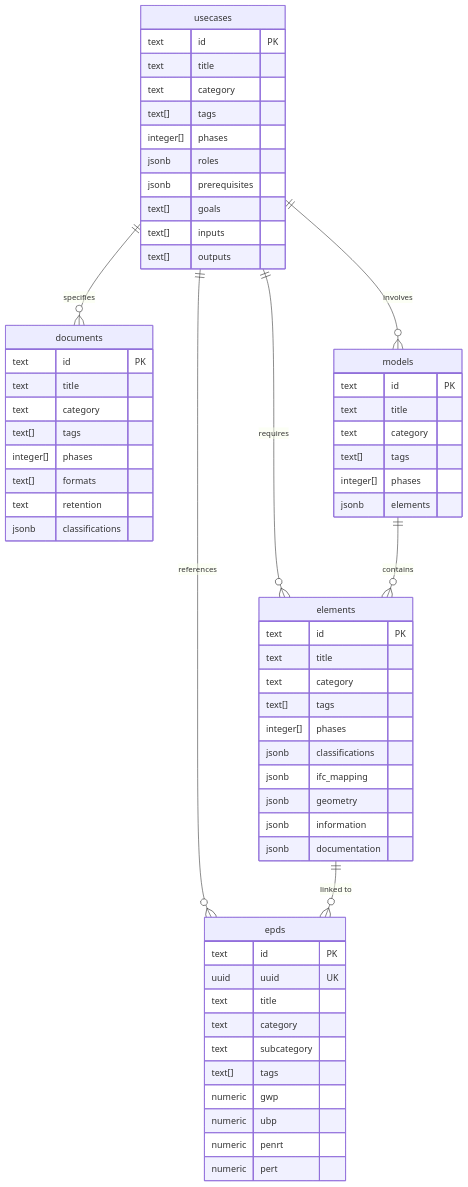
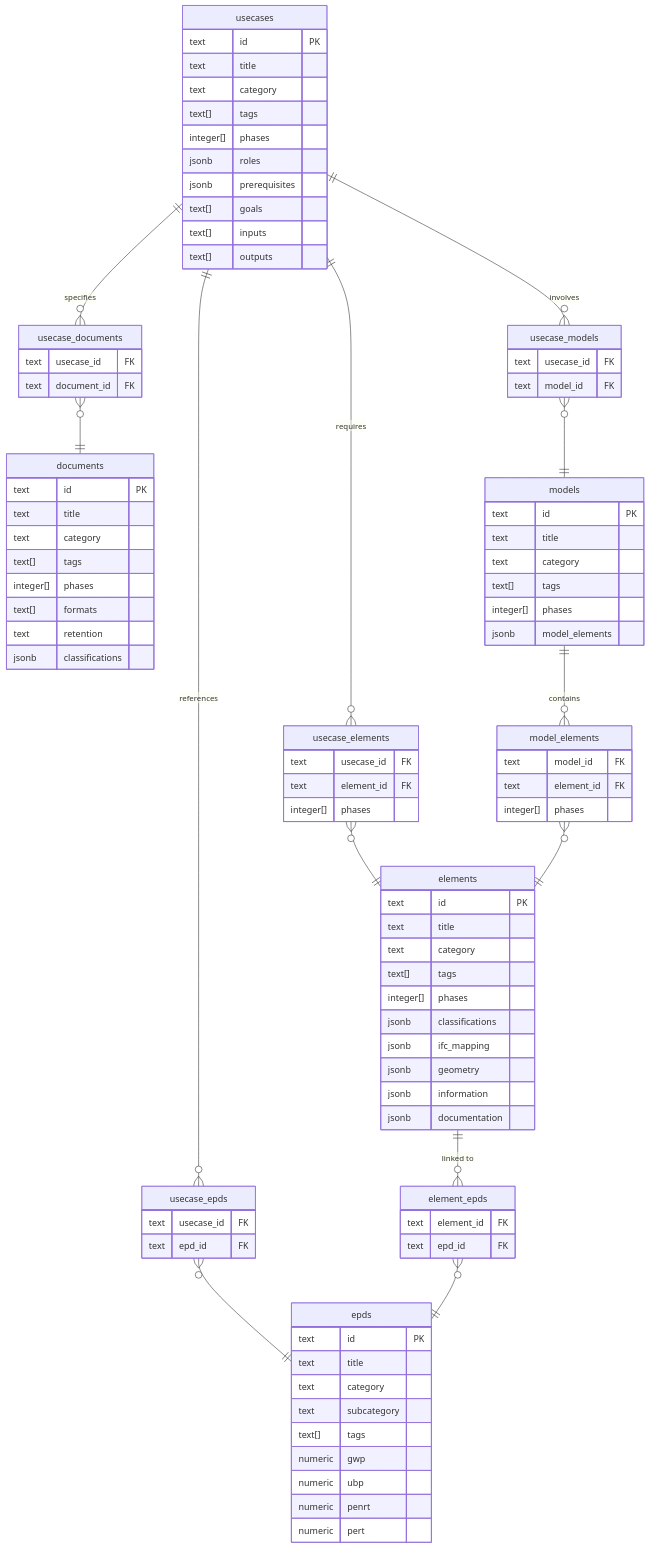
Before and after one commit to bbl-dres/kbob-fdk: the diagram in documentation/DATAMODEL.md, drawn with Mermaid. The commit also changed other lines of this file, not shown here.

````diff
--- a/documentation/DATAMODEL.md
+++ b/documentation/DATAMODEL.md
@@ -24,11 +37,17 @@
 ```mermaid
 erDiagram
-    usecases ||--o{ elements : "requires"
-    usecases ||--o{ documents : "specifies"
-    usecases ||--o{ models : "involves"
-    usecases ||--o{ epds : "references"
-    models ||--o{ elements : "contains"
-    elements ||--o{ epds : "linked to"
+    usecases ||--o{ usecase_elements : "requires"
+    usecase_elements }o--|| elements : ""
+    usecases ||--o{ usecase_documents : "specifies"
+    usecase_documents }o--|| documents : ""
+    usecases ||--o{ usecase_models : "involves"
+    usecase_models }o--|| models : ""
+    usecases ||--o{ usecase_epds : "references"
+    usecase_epds }o--|| epds : ""
+    models ||--o{ model_elements : "contains"
+    model_elements }o--|| elements : ""
+    elements ||--o{ element_epds : "linked to"
+    element_epds }o--|| epds : ""
 
     elements {
         text id PK
@@ -73,12 +92,11 @@
         text category
         text[] tags
         integer[] phases
-        jsonb elements
+        jsonb model_elements
     }
 
     epds {
         text id PK
-        uuid uuid UK
         text title
         text category
         text subcategory
@@ -88,4 +106,36 @@
         numeric penrt
         numeric pert
     }
+
+    usecase_elements {
+        text usecase_id FK
+        text element_id FK
+        integer[] phases
+    }
+
+    usecase_documents {
+        text usecase_id FK
+        text document_id FK
+    }
+
+    usecase_models {
+        text usecase_id FK
+        text model_id FK
+    }
+
+    usecase_epds {
+        text usecase_id FK
+        text epd_id FK
+    }
+
+    model_elements {
+        text model_id FK
+        text element_id FK
+        integer[] phases
+    }
+
+    element_epds {
+        text element_id FK
+        text epd_id FK
+    }
 ```
````
